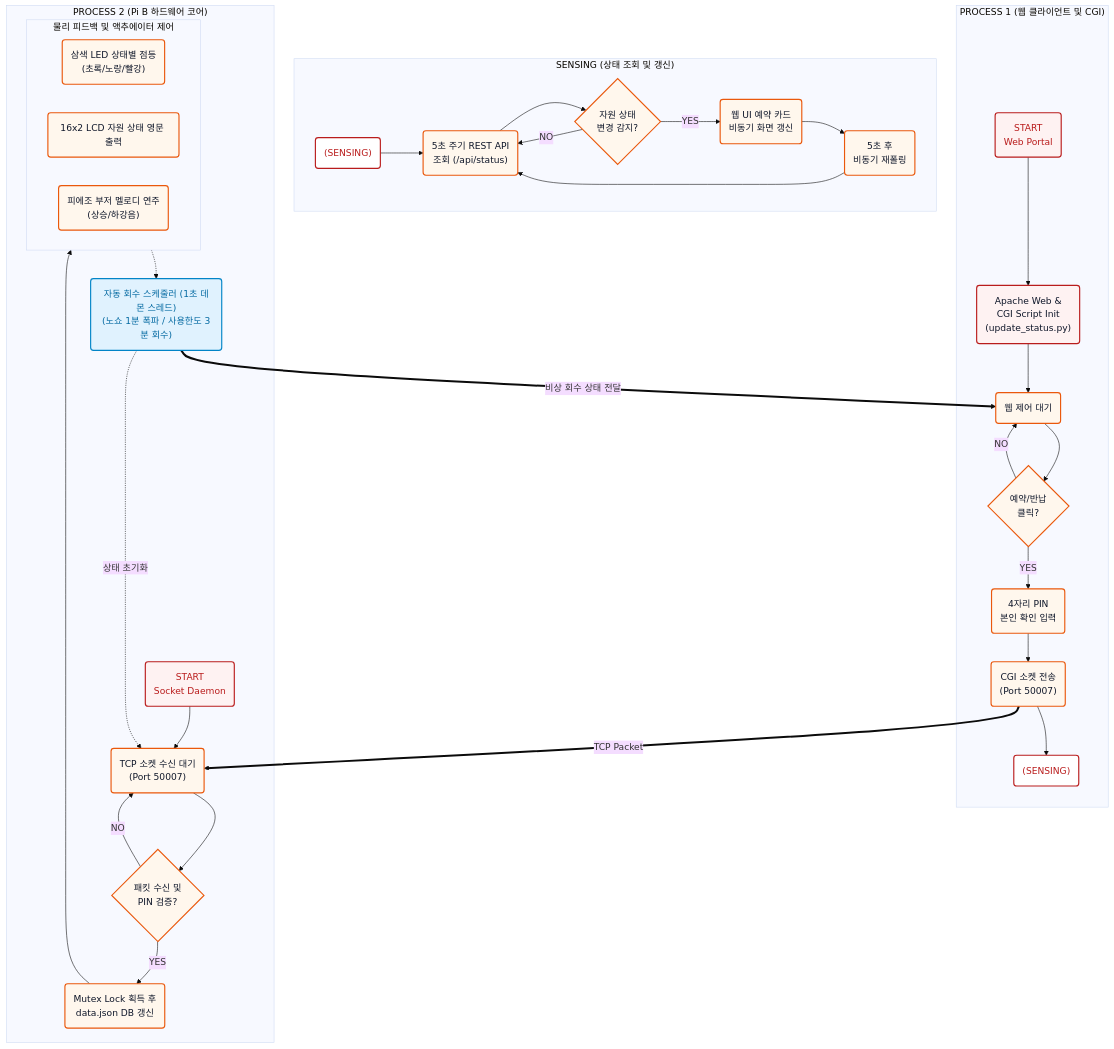
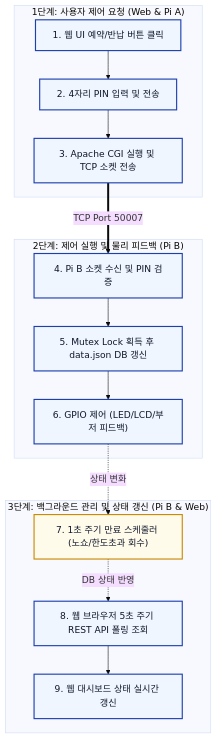
One commit to hjn5018/light_reservation changed the second of 2 diagrams in presentation/diagrams.md. Above: the diagram before and after it, drawn with Mermaid (base theme). The commit also changed other lines of this file, not shown here.

Commit message:
docs: Simplify diagrams.md Mermaid diagrams for high readability and larger text

````diff
--- a/presentation/diagrams.md
+++ b/presentation/diagrams.md
@@ -60,69 +39,26 @@
 ```mermaid
 flowchart TD
-    classDef start fill:#fef2f2,stroke:#b91c1c,stroke-width:2px,color:#b91c1c;
-    classDef init fill:#fef2f2,stroke:#b91c1c,stroke-width:2px,color:#0f172a;
-    classDef rect fill:#fff7ed,stroke:#ea580c,stroke-width:2px,color:#0f172a;
-    classDef decision fill:#fff7ed,stroke:#ea580c,stroke-width:2px,color:#0f172a;
-    classDef circle fill:#ffffff,stroke:#b91c1c,stroke-width:2px,color:#b91c1c;
-    classDef hwBox fill:#f0fdf4,stroke:#16a34a,stroke-width:2px,color:#14532d;
-    classDef ndkBox fill:#e0f2fe,stroke:#0284c7,stroke-width:2px,color:#0369a1;
+    classDef step fill:#eff6ff,stroke:#1e40af,stroke-width:2px,color:#0f172a;
+    classDef highlight fill:#fffbeb,stroke:#ca8a04,stroke-width:2px,color:#0f172a;
 
-    subgraph Process1 ["PROCESS 1 (웹 클라이언트 및 CGI)"]
-        P1_Start("START<br>Web Portal"):::start
-        P1_Init("Apache Web &<br>CGI Script Init<br>(update_status.py)"):::init
-        P1_Wait("웹 제어 대기"):::rect
-        P1_Dec{"예약/반납<br>클릭?"}:::decision
-        P1_PIN("4자리 PIN<br>본인 확인 입력"):::rect
-        P1_Send("CGI 소켓 전송<br>(Port 50007)"):::rect
-        P1_Sensing1("(SENSING)"):::circle
-        
-        P1_Start --> P1_Init
-        P1_Init --> P1_Wait
-        P1_Wait --> P1_Dec
-        P1_Dec -->|YES| P1_PIN
-        P1_Dec -->|NO| P1_Wait
-        P1_PIN --> P1_Send
-        P1_Send --> P1_Sensing1
+    subgraph P1 ["1단계: 사용자 제어 요청 (Web & Pi A)"]
+        A["1. 웹 UI 예약/반납 버튼 클릭"]:::step --> B["2. 4자리 PIN 입력 및 전송"]:::step
+        B --> C["3. Apache CGI 실행 및 TCP 소켓 전송"]:::step
     end
-
-    subgraph Sensing ["SENSING (상태 조회 및 갱신)"]
-        S_Sensing2("(SENSING)"):::circle
-        S_Poll("5초 주기 REST API<br>조회 (/api/status)"):::rect
-        S_Dec{"자원 상태<br>변경 감지?"}:::decision
-        S_Render("웹 UI 예약 카드<br>비동기 화면 갱신"):::rect
-        S_Wait5("5초 후<br>비동기 재폴링"):::rect
-        
-        S_Sensing2 --> S_Poll
-        S_Poll --> S_Dec
-        S_Dec -->|YES| S_Render
-        S_Dec -->|NO| S_Poll
-        S_Render --> S_Wait5
-        S_Wait5 --> S_Poll
+    
+    subgraph P2 ["2단계: 제어 실행 및 물리 피드백 (Pi B)"]
+        D["4. Pi B 소켓 수신 및 PIN 검증"]:::step --> E["5. Mutex Lock 획득 후 data.json DB 갱신"]:::step
+        E --> F["6. GPIO 제어 (LED/LCD/부저 피드백)"]:::step
     end
-
-    subgraph Process2 ["PROCESS 2 (Pi B 하드웨어 코어)"]
-        P2_Start("START<br>Socket Daemon"):::start
-        P2_WaitSock("TCP 소켓 수신 대기<br>(Port 50007)"):::rect
-        P2_Dec{"패킷 수신 및<br>PIN 검증?"}:::decision
-        P2_DB("Mutex Lock 획득 후<br>data.json DB 갱신"):::rect
-        
-        subgraph HWBox ["물리 피드백 및 액추에이터 제어"]
-            LEDs("삼색 LED 상태별 점등<br>(초록/노랑/빨강)"):::rect
-            LCDText("16x2 LCD 자원 상태 영문 출력"):::rect
-            BuzzerMelody("피에조 부저 멜로디 연주<br>(상승/하강음)"):::rect
-        end
-        
-        Scheduler("자동 회수 스케줄러 (1초 데몬 스레드)<br>(노쇼 1분 폭파 / 사용한도 3분 회수)"):::ndkBox
-        
-        P2_Start --> P2_WaitSock
-        P2_WaitSock --> P2_Dec
-        P2_Dec -->|YES| P2_DB
-        P2_Dec -->|NO| P2_WaitSock
-        P2_DB --> HWBox
-        HWBox -.-> Scheduler
-        Scheduler -.->|상태 초기화| P2_WaitSock
+    
+    subgraph P3 ["3단계: 백그라운드 관리 및 상태 갱신 (Pi B & Web)"]
+        G["7. 1초 주기 만료 스케줄러 (노쇼/한도초과 회수)"]:::highlight
+        H["8. 웹 브라우저 5초 주기 REST API 폴링 조회"]:::step
+        I["9. 웹 대시보드 상태 실시간 갱신"]:::step
     end
-
-    P1_Send ==>|"TCP Packet"| P2_WaitSock
-    Scheduler ==>|"비상 회수 상태 전달"| P1_Wait
+    
+    C ==>|"TCP Port 50007"| D
+    F -.->|"상태 변화"| G
+    G -.->|"DB 상태 반영"| H
+    H --> I
 ```
````
